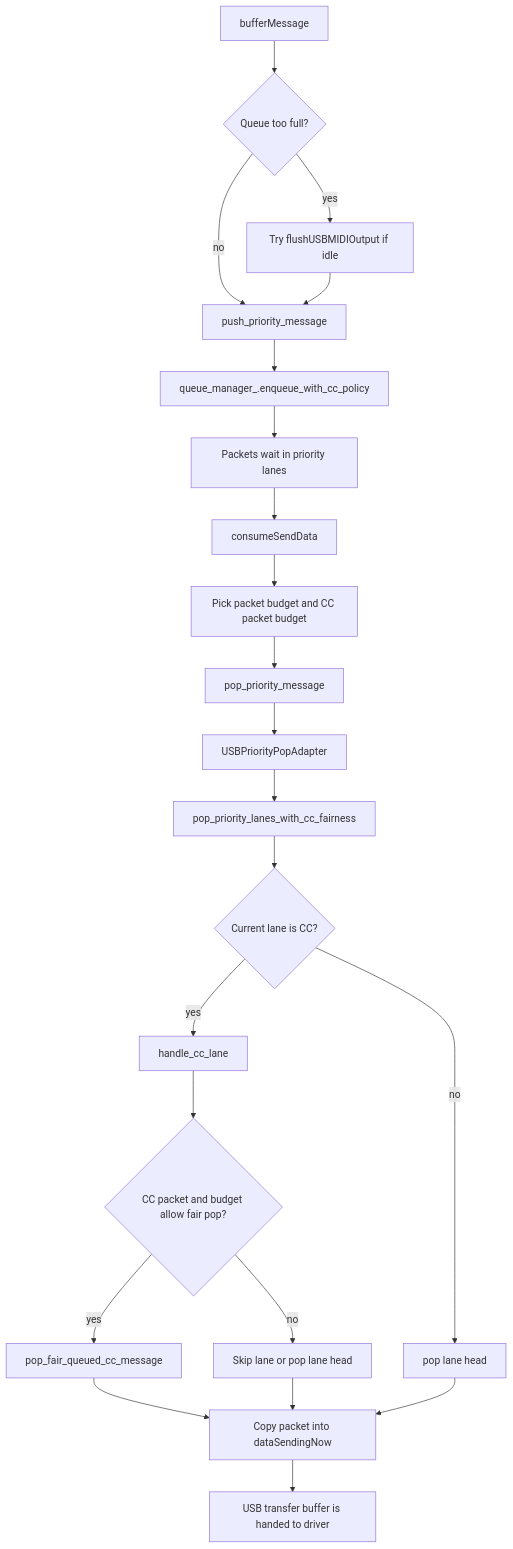
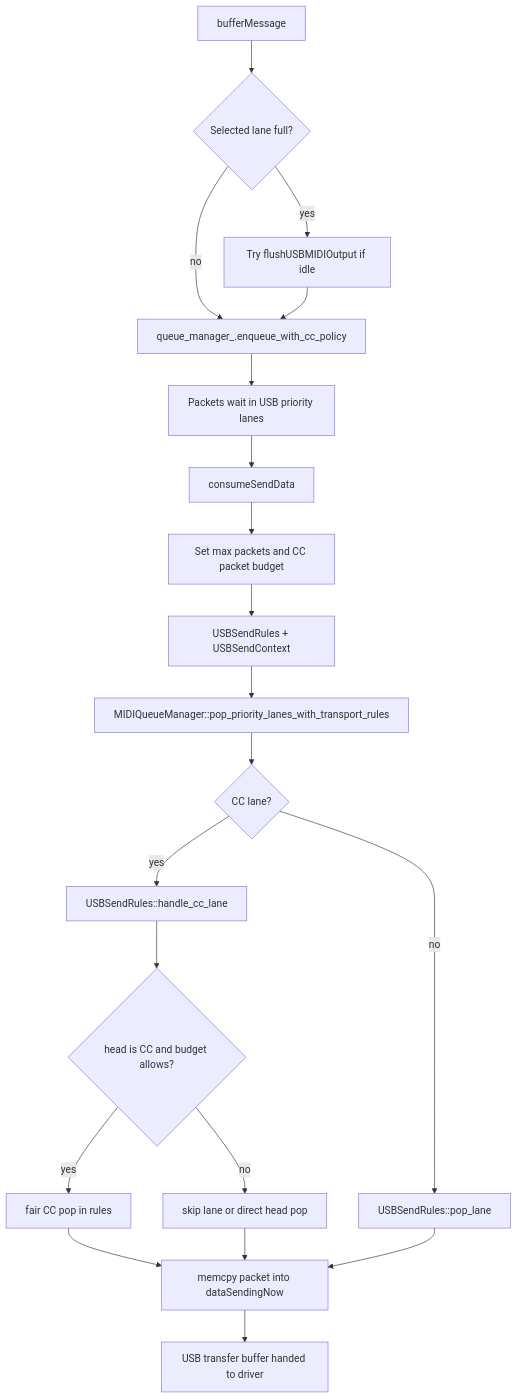
One commit to seangoodvibes/DelugeFirmware changed the second of 5 diagrams in docs/dev/midi_queue_flow.md. Above: the diagram before and after it, drawn with Mermaid. The commit also changed other lines of this file and 2 other files, not shown here.

````diff
--- a/docs/dev/midi_queue_flow.md
+++ b/docs/dev/midi_queue_flow.md
@@ -29,24 +30,22 @@
 ```mermaid
 flowchart TD
-    U1[bufferMessage] --> U2{Queue too full?}
+    U1[bufferMessage] --> U2{Selected lane full?}
     U2 -- yes --> U3[Try flushUSBMIDIOutput if idle]
-    U2 -- no --> U4[push_priority_message]
+    U2 -- no --> U4[queue_manager_.enqueue_with_cc_policy]
     U3 --> U4
-    U4 --> U5[queue_manager_.enqueue_with_cc_policy]
-    U5 --> U6[Packets wait in priority lanes]
-    U6 --> U7[consumeSendData]
-    U7 --> U8[Pick packet budget and CC packet budget]
-    U8 --> U9[pop_priority_message]
-    U9 --> U10[USBPriorityPopAdapter]
-    U10 --> U11[pop_priority_lanes_with_cc_fairness]
-    U11 --> U12{Current lane is CC?}
-    U12 -- yes --> U13[handle_cc_lane]
-    U13 --> U14{CC packet and budget allow fair pop?}
-    U14 -- yes --> U15[pop_fair_queued_cc_message]
-    U14 -- no --> U16[Skip lane or pop lane head]
-    U12 -- no --> U17[pop lane head]
-    U15 --> U18[Copy packet into dataSendingNow]
-    U16 --> U18
-    U17 --> U18
-    U18 --> U19[USB transfer buffer is handed to driver]
+    U4 --> U5[Packets wait in USB priority lanes]
+    U5 --> U6[consumeSendData]
+    U6 --> U7[Set max packets and CC packet budget]
+    U7 --> U8[USBSendRules + USBSendContext]
+    U8 --> U9[MIDIQueueManager::pop_priority_lanes_with_transport_rules]
+    U9 --> U10{CC lane?}
+    U10 -- yes --> U11[USBSendRules::handle_cc_lane]
+    U11 --> U12{head is CC and budget allows?}
+    U12 -- yes --> U13[fair CC pop in rules]
+    U12 -- no --> U14[skip lane or direct head pop]
+    U10 -- no --> U15[USBSendRules::pop_lane]
+    U13 --> U16[memcpy packet into dataSendingNow]
+    U14 --> U16
+    U15 --> U16
+    U16 --> U17[USB transfer buffer handed to driver]
 ```
````
